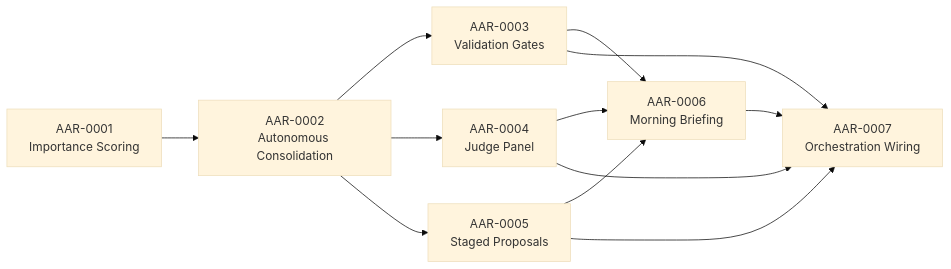
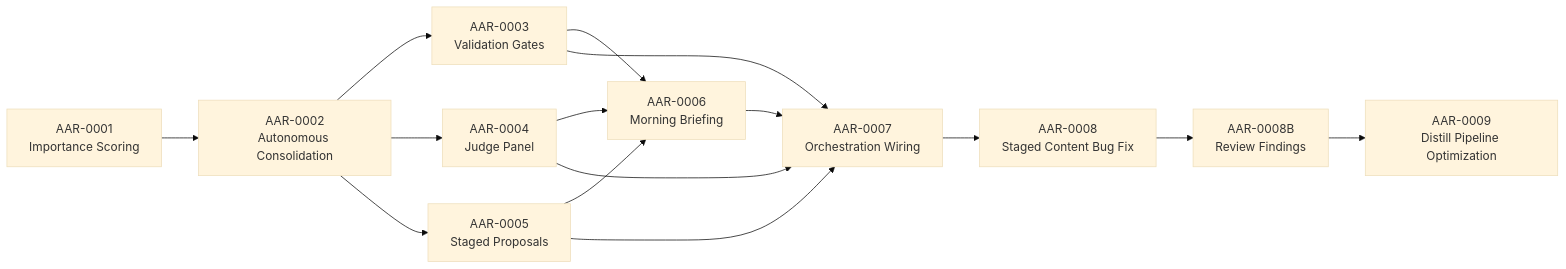
The second of 2 diagrams in studio/projects/autonomous-agent-research/tasks/TASKS.md (odiemiranda/freddie-ai-archive), drawn with Mermaid (base theme) before and after one commit. The commit also changed other lines of this file and 12 other files, not shown here.

````diff
--- a/studio/projects/autonomous-agent-research/tasks/TASKS.md
+++ b/studio/projects/autonomous-agent-research/tasks/TASKS.md
@@ -33,14 +34,17 @@
 ```mermaid
 graph LR
     T1[AAR-0001<br/>Importance Scoring] --> T2[AAR-0002<br/>Autonomous Consolidation]
     T2 --> T3[AAR-0003<br/>Validation Gates]
     T2 --> T4[AAR-0004<br/>Judge Panel]
     T2 --> T5[AAR-0005<br/>Staged Proposals]
     T3 --> T6[AAR-0006<br/>Morning Briefing]
     T4 --> T6
     T5 --> T6
     T6 --> T7[AAR-0007<br/>Orchestration Wiring]
     T3 --> T7
     T4 --> T7
     T5 --> T7
+    T7 --> T8[AAR-0008<br/>Staged Content Bug Fix]
+    T8 --> T8B[AAR-0008B<br/>Review Findings]
+    T8B --> T9[AAR-0009<br/>Distill Pipeline Optimization]
 ```
````
